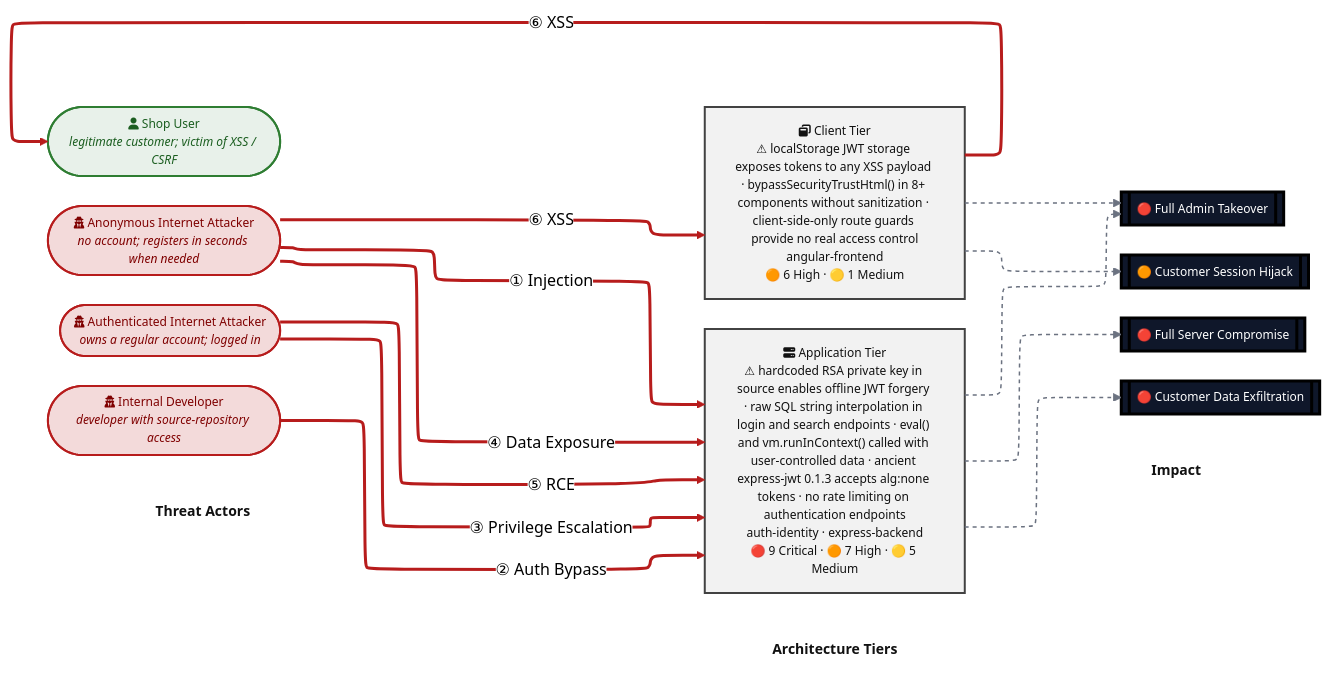
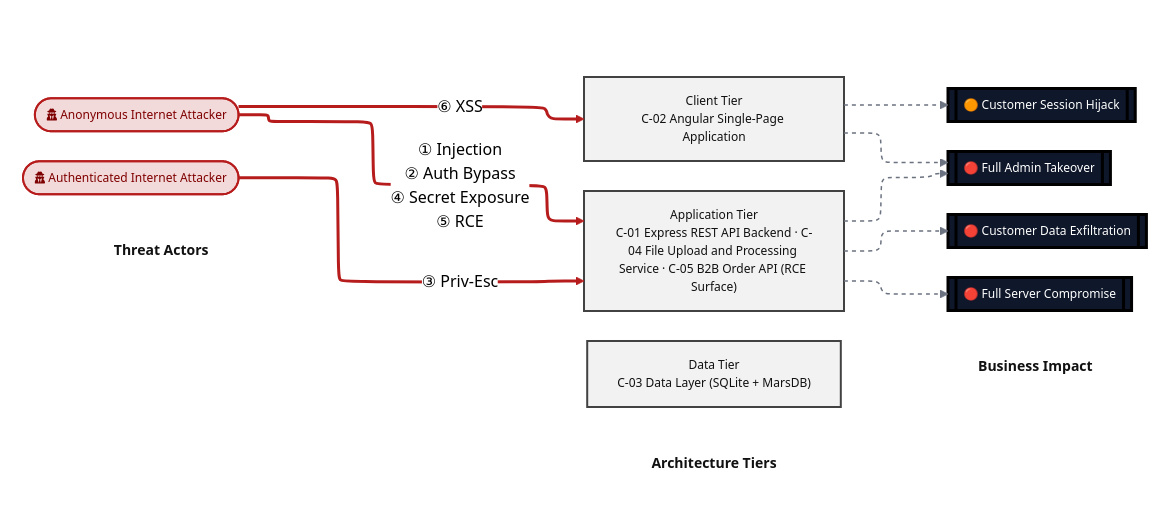
One commit to appsec-foundry/appsec-advisor changed the second of 19 diagrams in examples/threat-modeler/threat-model-juice-shop-standard.md. Above: the diagram before and after it, drawn with Mermaid (neutral theme). The commit also changed other lines of this file and 4 other files, not shown here.

````diff
--- a/examples/threat-modeler/threat-model-juice-shop-standard.md
+++ b/examples/threat-modeler/threat-model-juice-shop-standard.md
@@ -104,79 +161,72 @@
 ```mermaid
-%%{init: {"flowchart": {"defaultRenderer": "elk", "nodeSpacing": 40, "rankSpacing": 80}} }%%
+%%{init: {"flowchart": {"defaultRenderer": "elk", "nodeSpacing": 45, "rankSpacing": 95}} }%%
 flowchart LR
     subgraph ACTORS[" "]
         direction TB
         HDR_A["<b>Threat Actors</b>"]:::columnHeader
-        SHOPUSER(["fa:fa-user Shop User<br/><i>legitimate customer; victim of XSS / CSRF</i>"]):::actorShopUser
-        ANON(["fa:fa-user-secret Anonymous Internet Attacker<br/><i>no account; registers in seconds when needed</i>"]):::actorAnon
-        INTERNET_USER(["fa:fa-user-secret Authenticated Internet Attacker<br/><i>owns a regular account; logged in</i>"]):::actorAnon
-        REPO_READ(["fa:fa-user-secret Internal Developer<br/><i>developer with source-repository access</i>"]):::actorAnon
+        ANON(["fa:fa-user-secret Anonymous Internet Attacker"]):::actorAnon
+        INTERNET_USER(["fa:fa-user-secret Authenticated Internet Attacker"]):::actorAnon
     end
 
     subgraph TIERS[" "]
         direction TB
         HDR_T["<b>Architecture Tiers</b>"]:::columnHeader
-        BROWSER["fa:fa-window-restore Client Tier<br/>⚠ localStorage JWT storage exposes tokens to any XSS payload · bypassSecurityTrustHtml() in 8+ components without sanitization · client-side-only route guards provide no real access control<br/>angular-frontend<br/>🟠 6 High · 🟡 1 Medium"]:::tierClient
-        SERVER["fa:fa-server Application Tier<br/>⚠ hardcoded RSA private key in source enables offline JWT forgery · raw SQL string interpolation in login and search endpoints · eval() and vm.runInContext() called with user-controlled data · ancient express-jwt 0.1.3 accepts alg:none tokens · no rate limiting on authentication endpoints<br/>auth-identity · express-backend<br/>🔴 9 Critical · 🟠 7 High · 🟡 5 Medium"]:::tierApp
+        BROWSER["Client Tier<br/>C-02 Angular Single-Page Application"]:::tierClient
+        SERVER["Application Tier<br/>C-01 Express REST API Backend · C-04 File Upload and Processing Service · C-05 B2B Order API (RCE Surface)"]:::tierApp
+        DATA["Data Tier<br/>C-03 Data Layer (SQLite + MarsDB)"]:::tierData
     end
 
     subgraph IMPACT[" "]
         direction TB
-        HDR_I["<b>Impact</b>"]:::columnHeader
+        HDR_I["<b>Business Impact</b>"]:::columnHeader
         CUSTOMER_SESSION_HIJACK[["🟠 Customer Session Hijack"]]:::impact
         FULL_ADMIN_TAKEOVER[["🔴 Full Admin Takeover"]]:::impact
         FULL_SERVER_COMPROMISE[["🔴 Full Server Compromise"]]:::impact
         CUSTOMER_DATA_EXFILTRATION[["🔴 Customer Data Exfiltration"]]:::impact
     end
 
     %% Invisible alignment hints. Two purposes:
-    %%   (a) keep the per-component alignment edges (e.g. SHOPUSER --- BROWSER,
-    %%       ANON --- SERVER) so attack arrows route horizontally without
-    %%       crossing tier boxes;
+    %%   (a) keep per-component alignment edges (e.g. ANON --- SERVER) so the
+    %%       forward attack arrows route horizontally without crossing tier
+    %%       boxes (the diagram is forward-only: actor → tier → impact, no
+    %%       backward relay edges into the actor column);
     %%   (b) chain the three column headers (HDR_A, HDR_T, HDR_I) across
     %%       subgraph boundaries so ELK pins them on the same Y line.
     HDR_A --- HDR_T
     HDR_T --- HDR_I
-    SHOPUSER --- BROWSER
     ANON --- SERVER
 
     %% Attack arrows
-    ANON ==>|" ① Injection "| SERVER
-    REPO_READ ==>|" ② Auth Bypass "| SERVER
-    INTERNET_USER ==>|" ③ Privilege Escalation "| SERVER
-    ANON ==>|" ④ Data Exposure "| SERVER
-    INTERNET_USER ==>|" ⑤ RCE "| SERVER
-    ANON ==>|" ⑥ XSS "| BROWSER
-
-    %% Relay arrows (client tier → victim; delivery half of victim-targeting paths)
-    BROWSER ==>|" ⑥ XSS "| SHOPUSER
+    ANON ==>|" ① Injection<br/>② Auth Bypass<br/>④ Secret Exposure<br/>⑤ RCE  "| SERVER
+    INTERNET_USER ==>|" ③ Priv-Esc  "| SERVER
+    ANON ==>|" ⑥ XSS  "| BROWSER
 
     %% Consequence arrows (tier → business impact, all LR-forward)
+    SERVER -.-> FULL_ADMIN_TAKEOVER
     SERVER -.-> CUSTOMER_DATA_EXFILTRATION
-    SERVER -.-> FULL_ADMIN_TAKEOVER
     SERVER -.-> FULL_SERVER_COMPROMISE
     BROWSER -.-> CUSTOMER_SESSION_HIJACK
     BROWSER -.-> FULL_ADMIN_TAKEOVER
 
-    %% Subgraph frames invisible — column headers are emitted as the
+    %% Subgraph frames invisible - column headers are emitted as the
     %% FIRST node of each subgraph (HDR_A / HDR_T / HDR_I) and pinned
     %% on the same Y line by the cross-subgraph alignment edges above.
     style ACTORS fill:none,stroke:none
     style TIERS  fill:none,stroke:none
     style IMPACT fill:none,stroke:none
 
     classDef tierClient fill:#f2f2f2,stroke:#424242,color:#111,stroke-width:2px,font-size:12px
     classDef tierApp    fill:#f2f2f2,stroke:#424242,color:#111,stroke-width:2px,font-size:12px
     classDef tierData   fill:#f2f2f2,stroke:#424242,color:#111,stroke-width:2px,font-size:12px
 
     classDef actorAnon     fill:#f3dada,stroke:#b71c1c,color:#7f0000,stroke-width:2px,font-size:12px
     classDef actorShopUser fill:#e8f1ea,stroke:#2e7d32,color:#1b5e20,stroke-width:2px,font-size:12px
     classDef impact        fill:#0f172a,stroke:#000,color:#fff,stroke-width:3px,font-size:12px
 
     classDef columnHeader  fill:none,stroke:none,color:#111,font-size:14px
 
-    linkStyle 0,1,2,3     stroke:transparent,stroke-width:0px
-    linkStyle 4,5,6,7,8,9,10     stroke:#b71c1c,stroke-width:3px
-    linkStyle 11,12,13,14,15     stroke:#6b7280,stroke-width:1.5px,stroke-dasharray:4
+    linkStyle 0,1,2     stroke:transparent,stroke-width:0px
+    linkStyle 3,4,5     stroke:#b71c1c,stroke-width:3px
+    linkStyle 6,7,8,9,10     stroke:#6b7280,stroke-width:1.5px,stroke-dasharray:4
 
 ```
````
